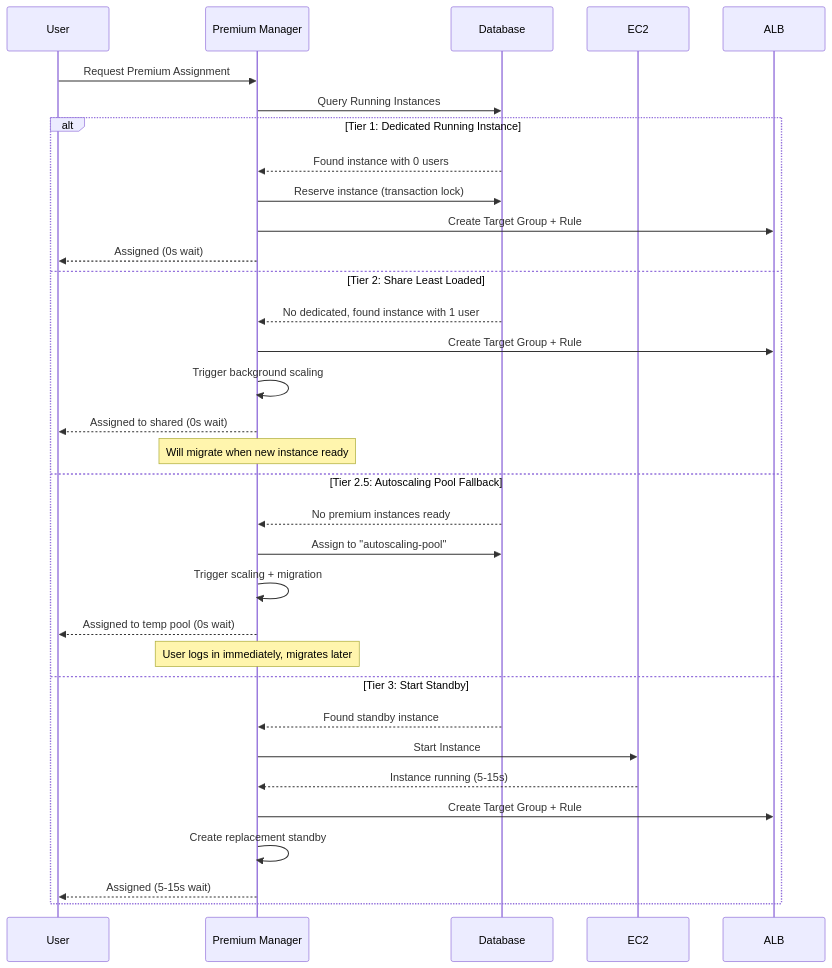
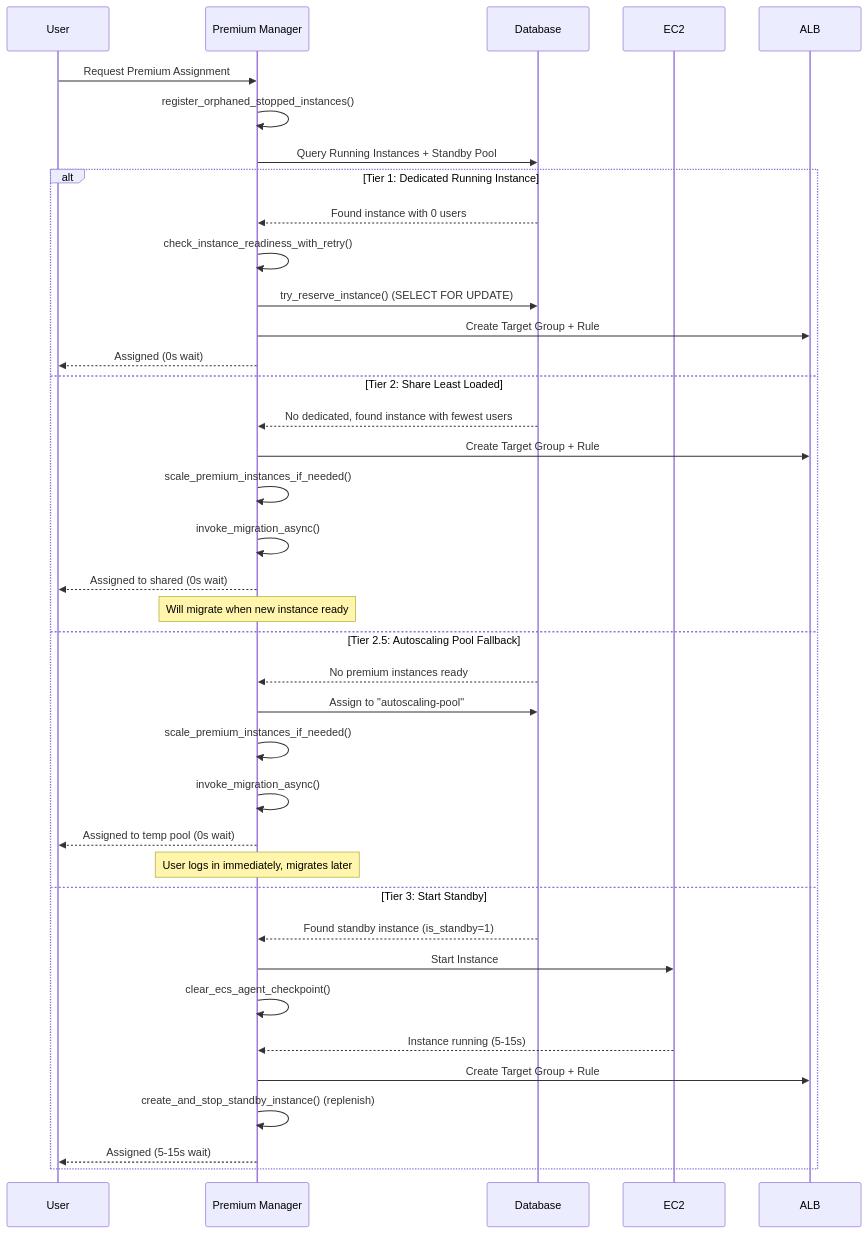
Before and after one commit to arayabrain/araya-optinist: the second of 4 diagrams in infrastructure/documentation/PREMIUM_USER_ASSIGNMENT.md, drawn with Mermaid. The commit also changed other lines of this file and 11 other files, not shown here.

````diff
--- a/infrastructure/documentation/PREMIUM_USER_ASSIGNMENT.md
+++ b/infrastructure/documentation/PREMIUM_USER_ASSIGNMENT.md
@@ -91,37 +94,42 @@
 ```mermaid
 sequenceDiagram
     participant User
     participant PM as Premium Manager
     participant DB as Database
     participant EC2
     participant ALB
 
     User->>PM: Request Premium Assignment
-    PM->>DB: Query Running Instances
+    PM->>PM: register_orphaned_stopped_instances()
+    PM->>DB: Query Running Instances + Standby Pool
 
     alt Tier 1: Dedicated Running Instance
         DB-->>PM: Found instance with 0 users
-        PM->>DB: Reserve instance (transaction lock)
+        PM->>PM: check_instance_readiness_with_retry()
+        PM->>DB: try_reserve_instance() (SELECT FOR UPDATE)
         PM->>ALB: Create Target Group + Rule
         PM-->>User: Assigned (0s wait)
     else Tier 2: Share Least Loaded
-        DB-->>PM: No dedicated, found instance with 1 user
+        DB-->>PM: No dedicated, found instance with fewest users
         PM->>ALB: Create Target Group + Rule
-        PM->>PM: Trigger background scaling
+        PM->>PM: scale_premium_instances_if_needed()
+        PM->>PM: invoke_migration_async()
         PM-->>User: Assigned to shared (0s wait)
         Note over PM: Will migrate when new instance ready
     else Tier 2.5: Autoscaling Pool Fallback
         DB-->>PM: No premium instances ready
         PM->>DB: Assign to "autoscaling-pool"
-        PM->>PM: Trigger scaling + migration
+        PM->>PM: scale_premium_instances_if_needed()
+        PM->>PM: invoke_migration_async()
         PM-->>User: Assigned to temp pool (0s wait)
         Note over PM: User logs in immediately, migrates later
     else Tier 3: Start Standby
-        DB-->>PM: Found standby instance
+        DB-->>PM: Found standby instance (is_standby=1)
         PM->>EC2: Start Instance
+        PM->>PM: clear_ecs_agent_checkpoint()
         EC2-->>PM: Instance running (5-15s)
         PM->>ALB: Create Target Group + Rule
-        PM->>PM: Create replacement standby
+        PM->>PM: create_and_stop_standby_instance() (replenish)
         PM-->>User: Assigned (5-15s wait)
     end
 ```
````
